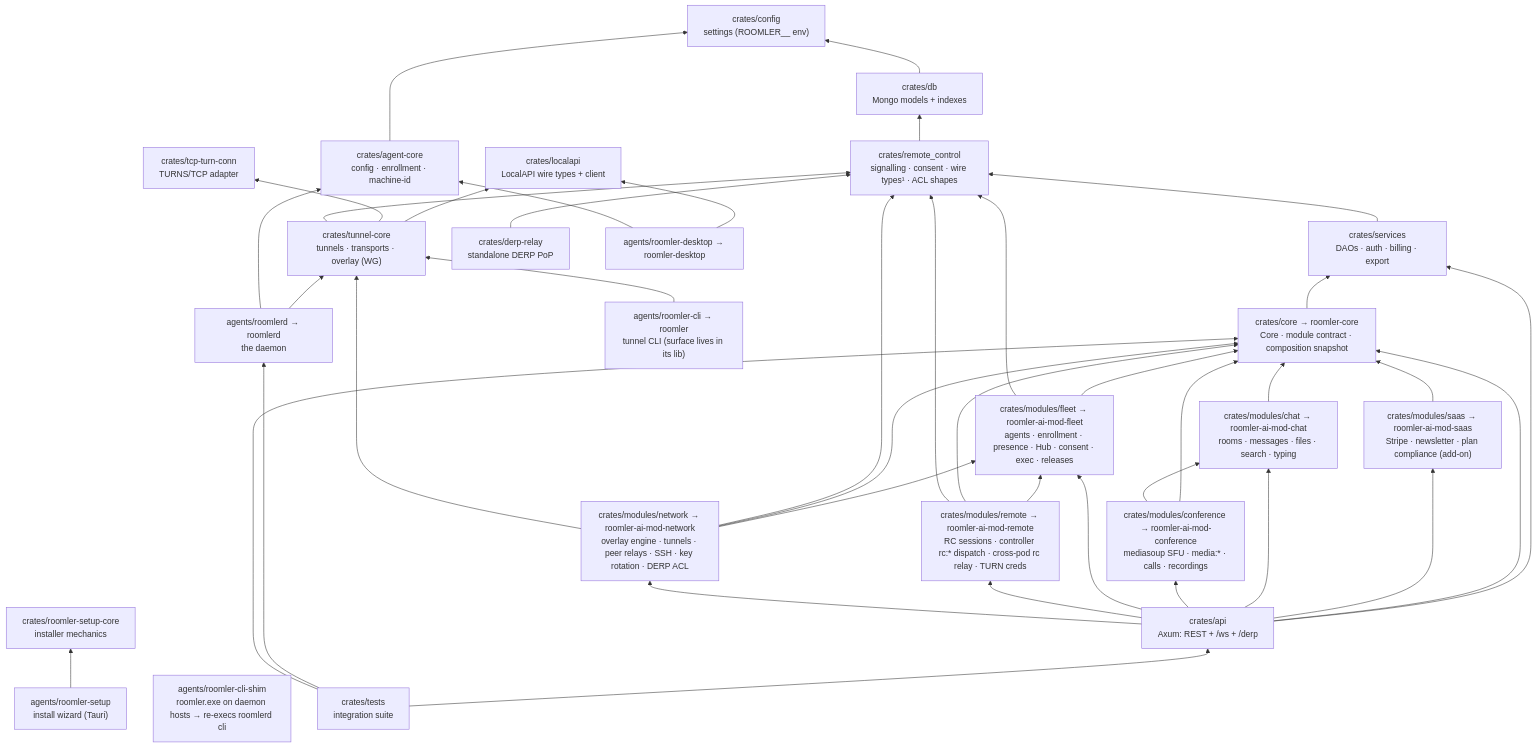
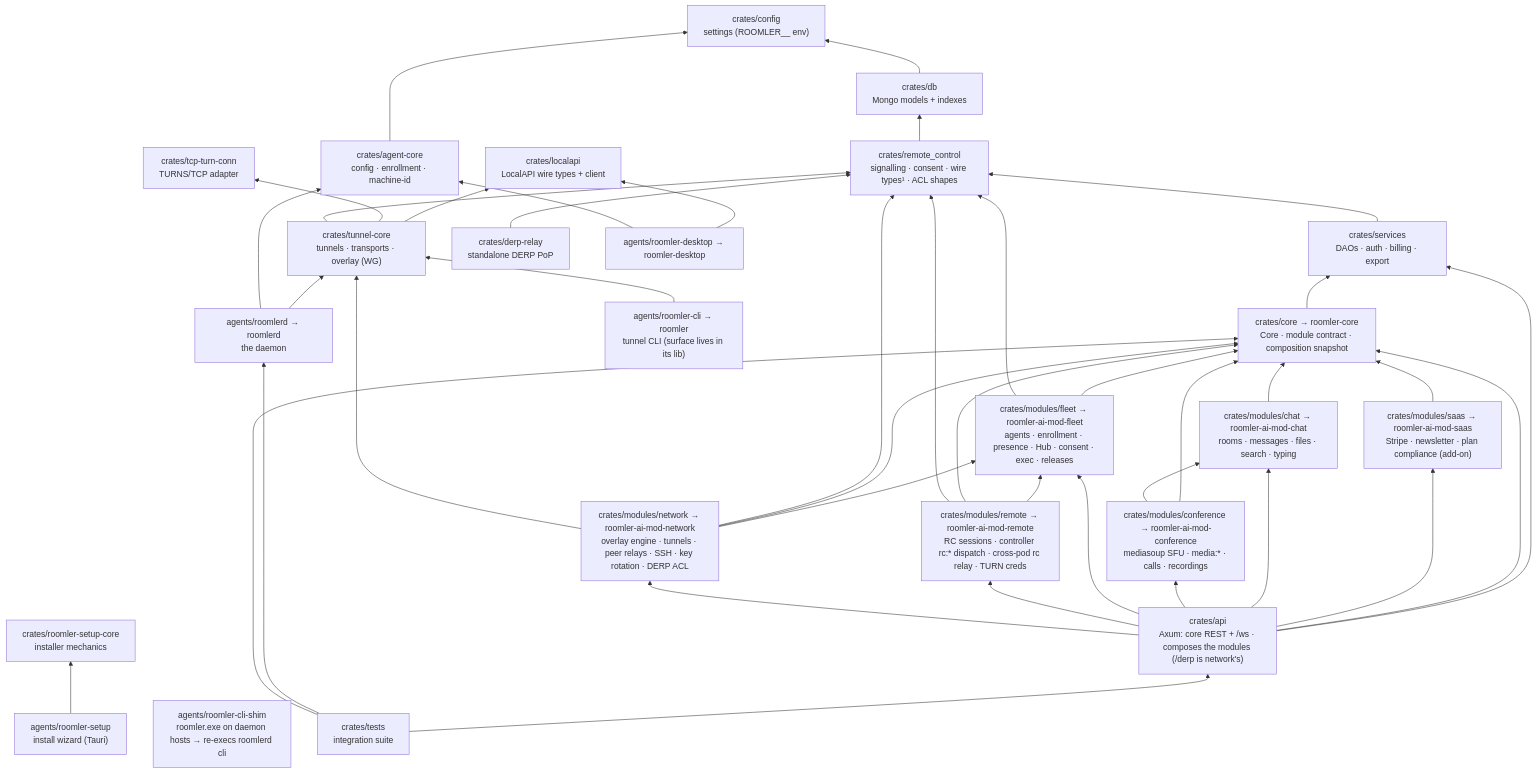
The third of 4 diagrams in docs/architecture.md (gjovanov/roomler-ai), drawn with Mermaid before and after one commit. The commit also changed 3 other files, not shown here.

Commit message:
docs(fr-69): P7b — the spec's status + P7b row + field-log entry, the ledger, CLAUDE.md rule 13 + the fleet/network crate lines, the architecture graph (#1307)

````diff
--- a/docs/architecture.md
+++ b/docs/architecture.md
@@ -100,50 +100,50 @@
 ```mermaid
 flowchart BT
     config["crates/config<br/>settings (ROOMLER__ env)"]
     db["crates/db<br/>Mongo models + indexes"]
     core["crates/core → roomler-core<br/>Core · module contract · composition snapshot"]
     saas["crates/modules/saas → roomler-ai-mod-saas<br/>Stripe · newsletter · plan compliance (add-on)"]
     chat["crates/modules/chat → roomler-ai-mod-chat<br/>rooms · messages · files · search · typing"]
     conference["crates/modules/conference → roomler-ai-mod-conference<br/>mediasoup SFU · media:* · calls · recordings"]
     fleet["crates/modules/fleet → roomler-ai-mod-fleet<br/>agents · enrollment · presence · Hub · consent · exec · releases"]
     remote["crates/modules/remote → roomler-ai-mod-remote<br/>RC sessions · controller rc:* dispatch · cross-pod rc relay · TURN creds"]
     network["crates/modules/network → roomler-ai-mod-network<br/>overlay engine · tunnels · peer relays · SSH · key rotation · DERP ACL"]
     rc["crates/remote_control<br/>signalling · consent · wire types¹ · ACL shapes"]
     services["crates/services<br/>DAOs · auth · billing · export"]
-    api["crates/api<br/>Axum: REST + /ws + /derp"]
+    api["crates/api<br/>Axum: core REST + /ws · composes the modules (/derp is network's)"]
     tests["crates/tests<br/>integration suite"]
 
     localapi["crates/localapi<br/>LocalAPI wire types + client"]
     agentcore["crates/agent-core<br/>config · enrollment · machine-id"]
     tunnelcore["crates/tunnel-core<br/>tunnels · transports · overlay (WG)"]
     tcpturn["crates/tcp-turn-conn<br/>TURNS/TCP adapter"]
     derprelay["crates/derp-relay<br/>standalone DERP PoP"]
     setupcore["crates/roomler-setup-core<br/>installer mechanics"]
 
     roomlerd["agents/roomlerd → roomlerd<br/>the daemon"]
     tunnel["agents/roomler-cli → roomler<br/>tunnel CLI (surface lives in its lib)"]
     shim["agents/roomler-cli-shim<br/>roomler.exe on daemon hosts → re-execs roomlerd cli"]
     tray["agents/roomler-desktop → roomler-desktop"]
     setup["agents/roomler-setup<br/>install wizard (Tauri)"]
 
     db --> config
     core --> services
     saas --> core
     chat --> core
     conference --> core & chat
     fleet --> core & rc
     remote --> fleet & core & rc
     network --> fleet & core & rc & tunnelcore
     rc --> db
     services --> rc
     api --> services & core & saas & chat & conference & fleet & remote & network
     tests --> api & roomlerd & core
 
     tunnelcore --> localapi & tcpturn & rc
     agentcore --> config
     roomlerd --> tunnelcore & agentcore
     tunnel --> tunnelcore
     tray --> localapi & agentcore
     setup --> setupcore
     derprelay --> rc
 ```
````
